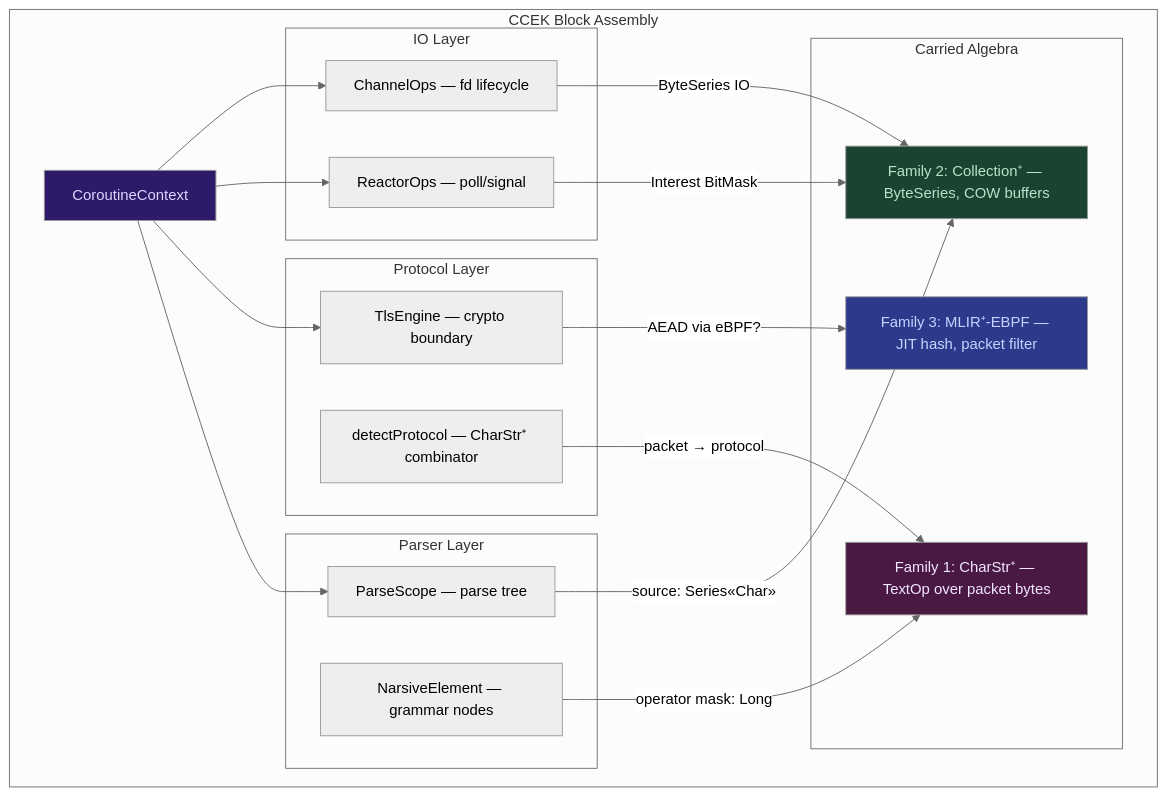
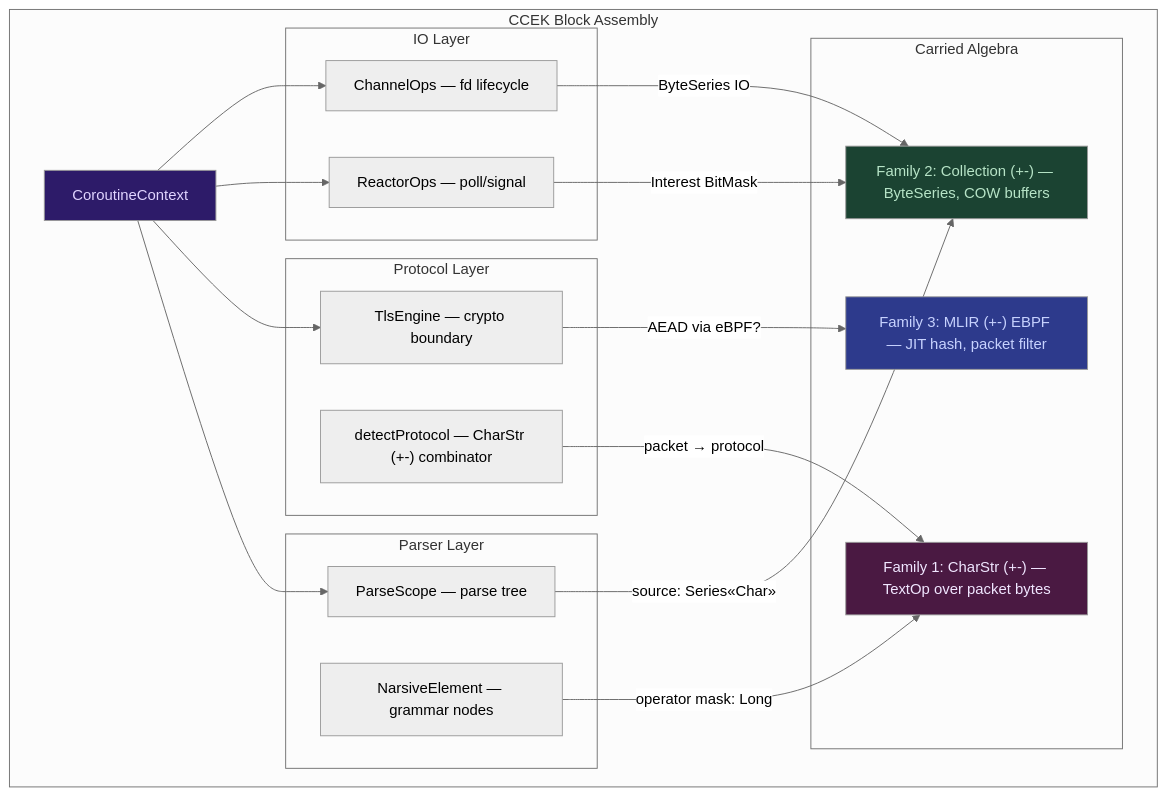
Before and after one commit to jnorthrup/TrikeShed: the third of 7 diagrams in docs/references/curiously-recursive-metaseries-shapes.md, drawn with Mermaid (neutral theme). The commit also changed other lines of this file, not shown here.

````diff
--- a/docs/references/curiously-recursive-metaseries-shapes.md
+++ b/docs/references/curiously-recursive-metaseries-shapes.md
@@ -259,44 +230,44 @@
 ```mermaid
 graph TD
     subgraph "CCEK Block Assembly"
         CTX["CoroutineContext"]
 
         subgraph "IO Layer"
             CH["ChannelOps — fd lifecycle"]
             RX["ReactorOps — poll/signal"]
         end
 
         subgraph "Protocol Layer"
             TLS_E["TlsEngine — crypto boundary"]
-            DET["detectProtocol — CharStr⁺ combinator"]
+            DET["detectProtocol — CharStr (+-) combinator"]
         end
 
         subgraph "Parser Layer"
             PS2["ParseScope — parse tree"]
             NAR["NarsiveElement — grammar nodes"]
         end
 
         subgraph "Carried Algebra"
-            F1["Family 1: CharStr⁺ — TextOp over packet bytes"]
-            F2["Family 2: Collection⁺ — ByteSeries, COW buffers"]
-            F3["Family 3: MLIR⁺-EBPF — JIT hash, packet filter"]
+            F1["Family 1: CharStr (+-) — TextOp over packet bytes"]
+            F2["Family 2: Collection (+-) — ByteSeries, COW buffers"]
+            F3["Family 3: MLIR (+-) EBPF — JIT hash, packet filter"]
         end
     end
 
     CTX --> CH
     CTX --> RX
     CTX --> TLS_E
     CTX --> PS2
 
     CH -->|"ByteSeries IO"| F2
     RX -->|"Interest BitMask"| F2
     DET -->|"packet → protocol"| F1
     PS2 -->|"source: Series«Char»"| F2
     NAR -->|"operator mask: Long"| F1
     TLS_E -->|"AEAD via eBPF?"| F3
 
     style CTX fill:#2d1b69,color:#e0d4ff
     style F1 fill:#4a1942,color:#f0e6ff
     style F2 fill:#1b4332,color:#b7e4c7
     style F3 fill:#2d3a8c,color:#c7d2fe
 ```
````
